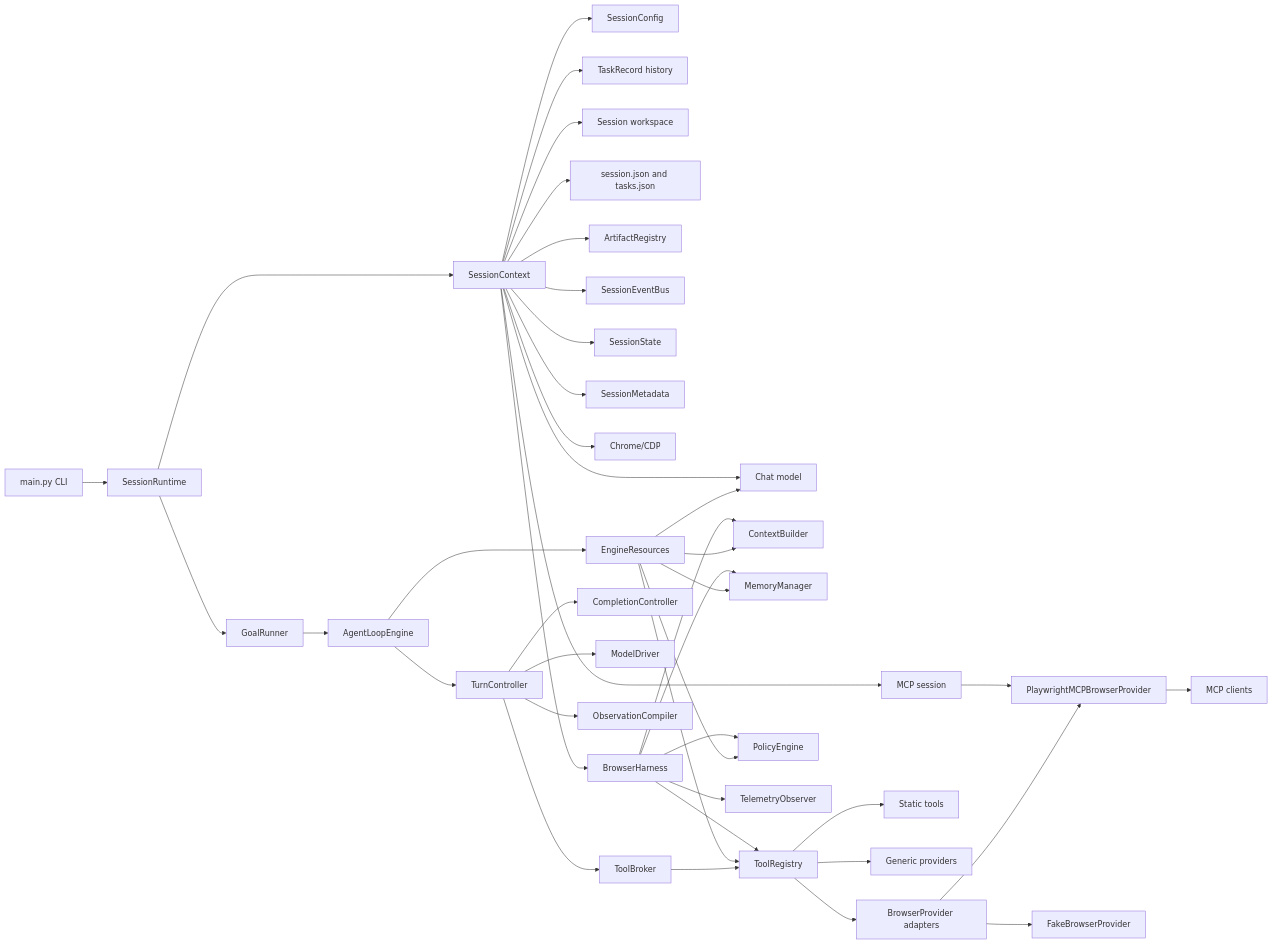
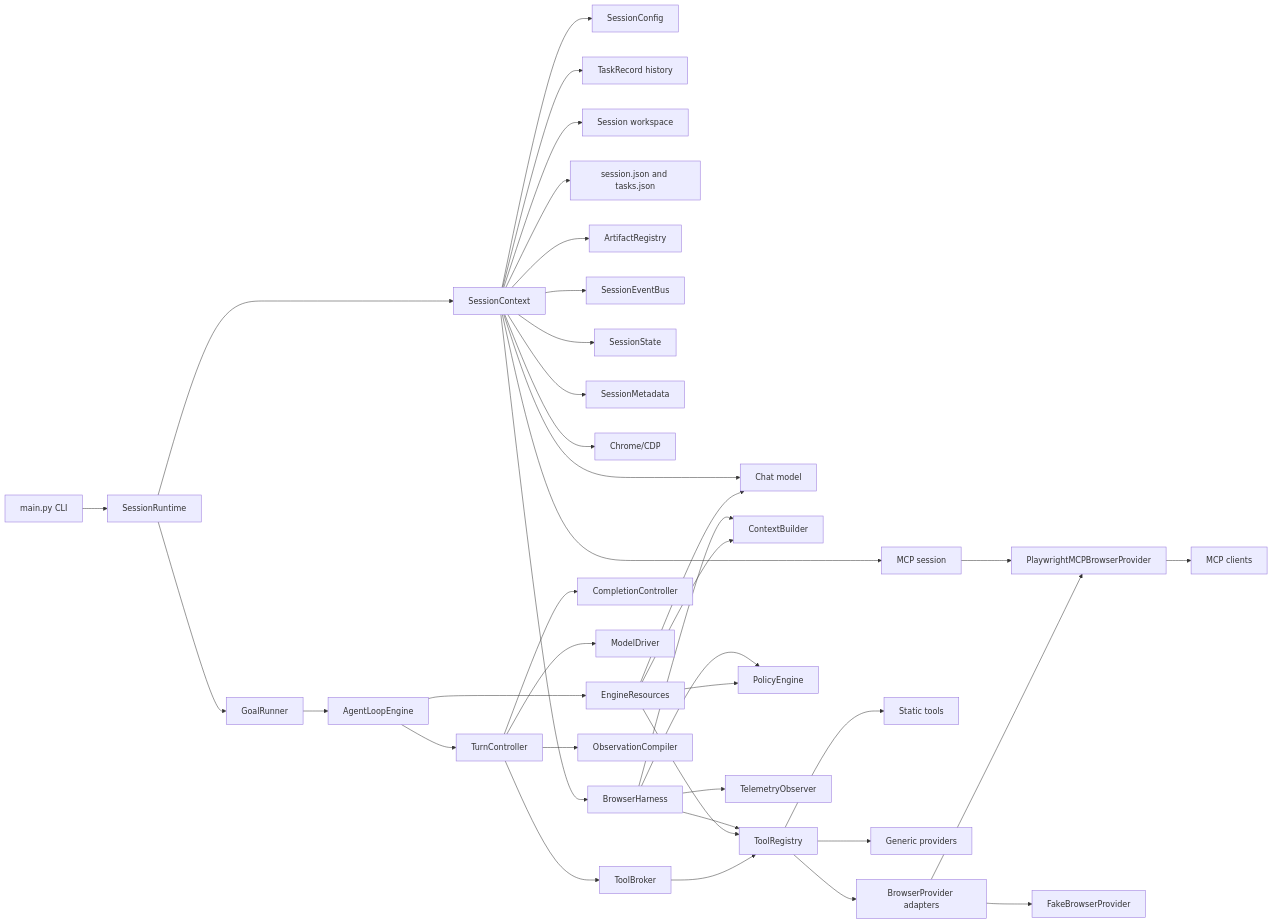
Before and after one commit to Hastur456/AutoBrowser: the diagram in docs/diagrams/harness-boundaries.md, drawn with Mermaid. The commit also changed other lines of this file and 11 other files, not shown here.

````diff
--- a/docs/diagrams/harness-boundaries.md
+++ b/docs/diagrams/harness-boundaries.md
@@ -8,43 +8,41 @@
 ```mermaid
 flowchart LR
   CLI[main.py CLI] --> Session[SessionRuntime]
   Session --> SessionCtx[SessionContext]
   SessionCtx --> Config[SessionConfig]
   SessionCtx --> Tasks[TaskRecord history]
   SessionCtx --> Workspace[Session workspace]
   SessionCtx --> SessionFiles[session.json and tasks.json]
   SessionCtx --> Artifacts[ArtifactRegistry]
   SessionCtx --> Events[SessionEventBus]
   SessionCtx --> State[SessionState]
   SessionCtx --> Metadata[SessionMetadata]
   SessionCtx --> LLM[Chat model]
   SessionCtx --> Chrome[Chrome/CDP]
   SessionCtx --> MCPRuntime[MCP session]
   SessionCtx --> Harness[BrowserHarness]
   MCPRuntime --> PlaywrightProvider[PlaywrightMCPBrowserProvider]
   Session --> GoalRunner[GoalRunner]
   GoalRunner --> Engine[AgentLoopEngine]
   Harness --> ContextBuilder[ContextBuilder]
-  Harness --> Memory[MemoryManager]
   Harness --> Tools[ToolRegistry]
   Harness --> Policy[PolicyEngine]
   Harness --> Telemetry[TelemetryObserver]
   Engine --> Resources[EngineResources]
   Resources --> ContextBuilder
-  Resources --> Memory
   Resources --> Tools
   Resources --> Policy
   Resources --> LLM
   Tools --> StaticTools[Static tools]
   Tools --> Providers[Generic providers]
   Tools --> BrowserProviders[BrowserProvider adapters]
   BrowserProviders --> PlaywrightProvider
   BrowserProviders --> FakeProvider[FakeBrowserProvider]
   PlaywrightProvider --> MCP[MCP clients]
   Engine --> TurnController[TurnController]
   TurnController --> Completion[CompletionController]
   TurnController --> ModelDriver[ModelDriver]
   TurnController --> ToolBroker[ToolBroker]
   TurnController --> ObsCompiler[ObservationCompiler]
   ToolBroker --> Tools
 ```
````
